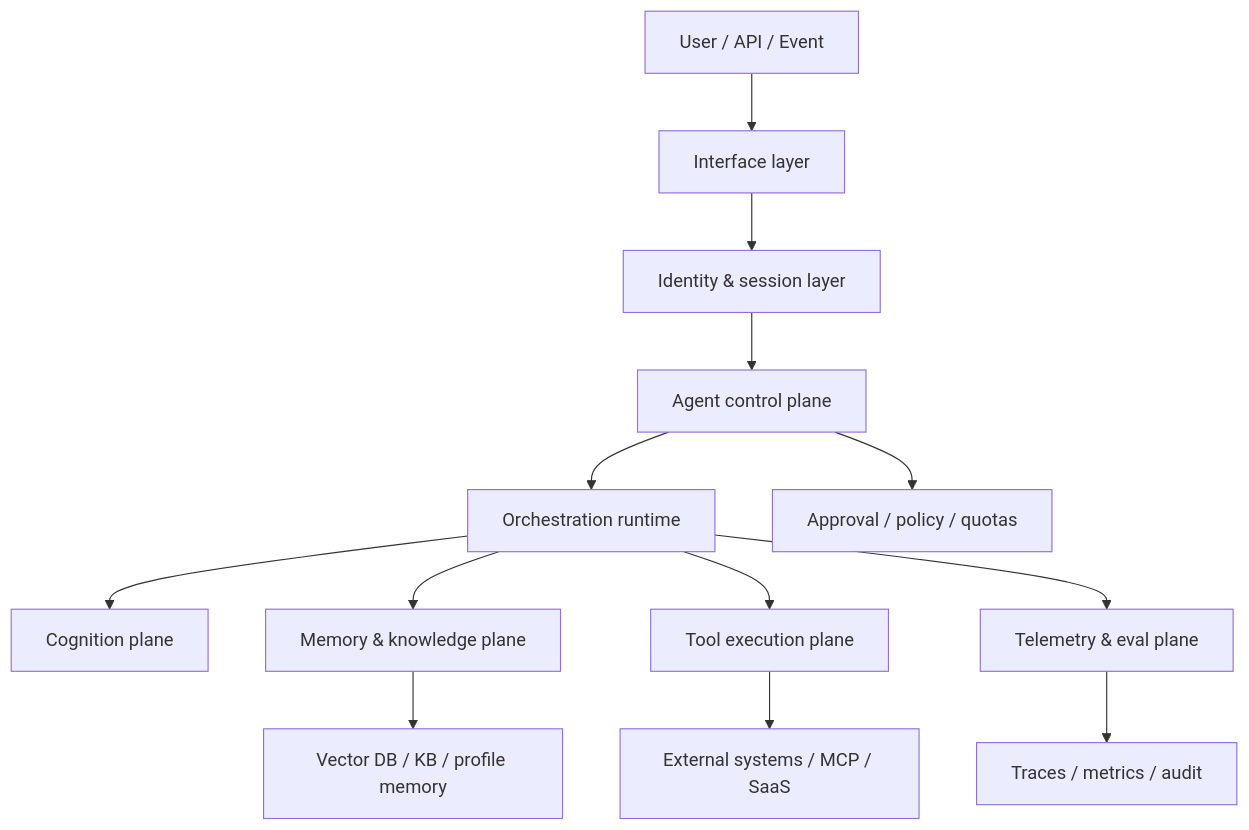
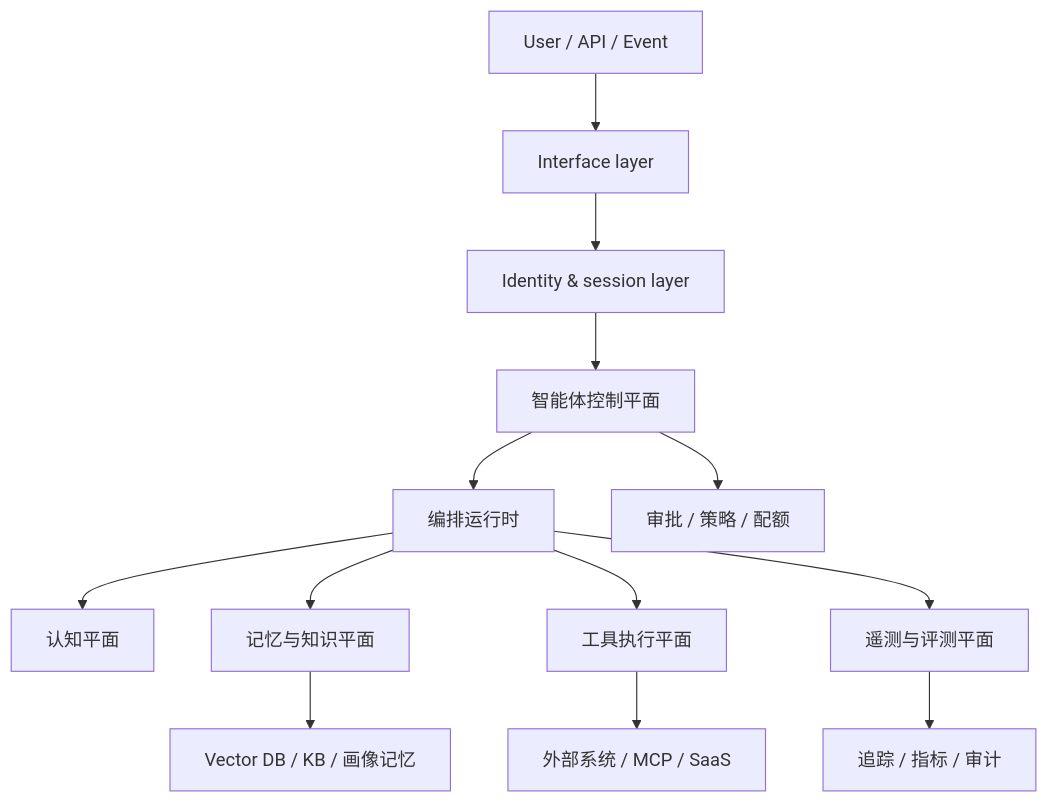
The diagram in docs/book/part-i/chapter-2.zh.md (agent-axiom/agent-arch), drawn with Mermaid before and after one commit. The commit also changed other lines of this file, not shown here.

Commit message:
Polish Chinese chapter two runtime prose

````diff
--- a/docs/book/part-i/chapter-2.zh.md
+++ b/docs/book/part-i/chapter-2.zh.md
@@ -178,15 +178,15 @@
 ``` mermaid
 flowchart TB
     user["User / API / Event"] --> interface["Interface layer"]
     interface --> identity["Identity & session layer"]
-    identity --> control["Agent control plane"]
-    control --> runtime["Orchestration runtime"]
-    runtime --> cognition["Cognition plane"]
-    runtime --> memory["Memory & knowledge plane"]
-    runtime --> tools["Tool execution plane"]
-    runtime --> telemetry["Telemetry & eval plane"]
-    tools --> external["External systems / MCP / SaaS"]
-    memory --> stores["Vector DB / KB / profile memory"]
-    control --> approval["Approval / policy / quotas"]
-    telemetry --> audit["Traces / metrics / audit"]
+    identity --> control["智能体控制平面"]
+    control --> runtime["编排运行时"]
+    runtime --> cognition["认知平面"]
+    runtime --> memory["记忆与知识平面"]
+    runtime --> tools["工具执行平面"]
+    runtime --> telemetry["遥测与评测平面"]
+    tools --> external["外部系统 / MCP / SaaS"]
+    memory --> stores["Vector DB / KB / 画像记忆"]
+    control --> approval["审批 / 策略 / 配额"]
+    telemetry --> audit["追踪 / 指标 / 审计"]
 ```
````
